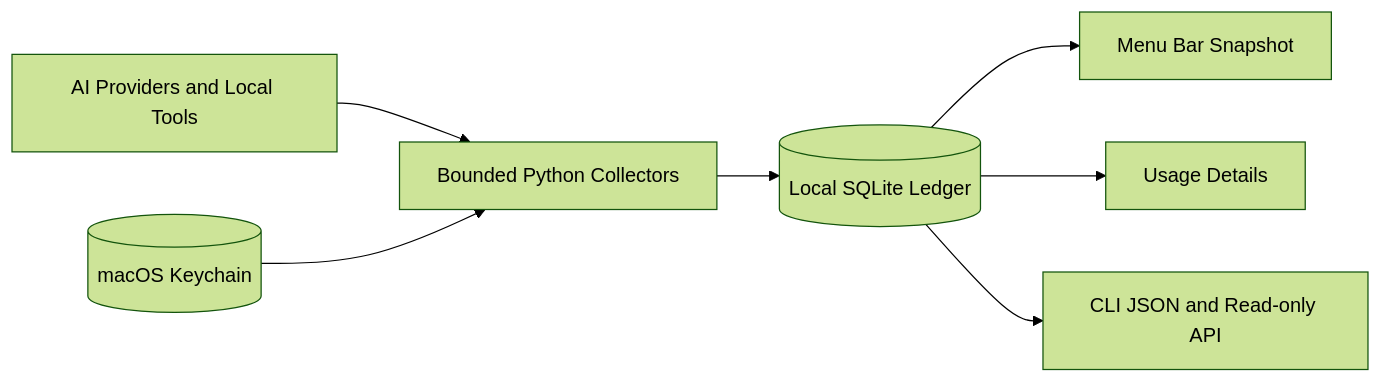
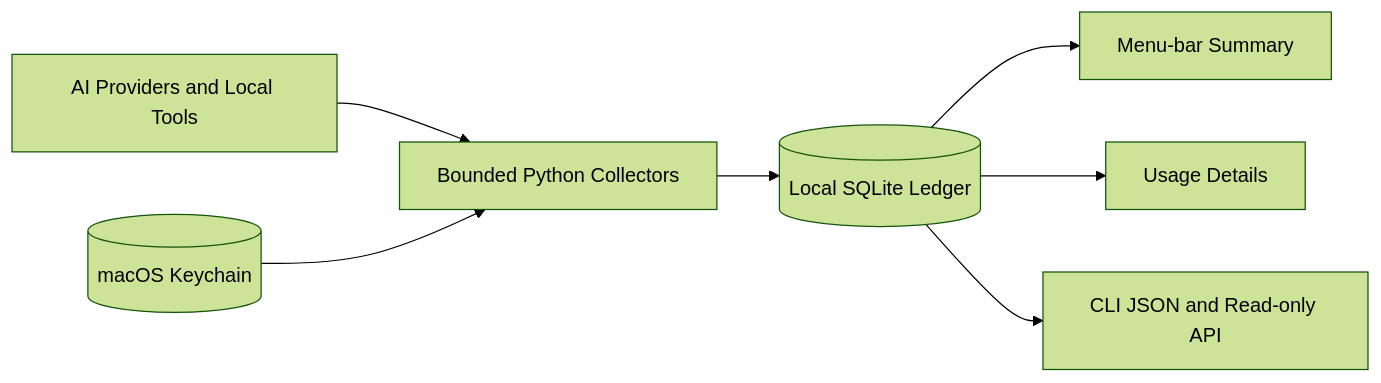
Before and after one commit to tttboy123/openusage-bar: the diagram in README.en.md, drawn with Mermaid (forest theme). The commit also changed other lines of this file and 13 other files, not shown here.

````diff
--- a/README.en.md
+++ b/README.en.md
@@ -59,9 +38,9 @@
 ```mermaid
 flowchart LR
   A[AI Providers and Local Tools] --> B[Bounded Python Collectors]
   K[(macOS Keychain)] --> B
   B --> D[(Local SQLite Ledger)]
-  D --> E[Menu Bar Snapshot]
+  D --> E[Menu-bar Summary]
   D --> F[Usage Details]
   D --> G[CLI JSON and Read-only API]
 ```
````
